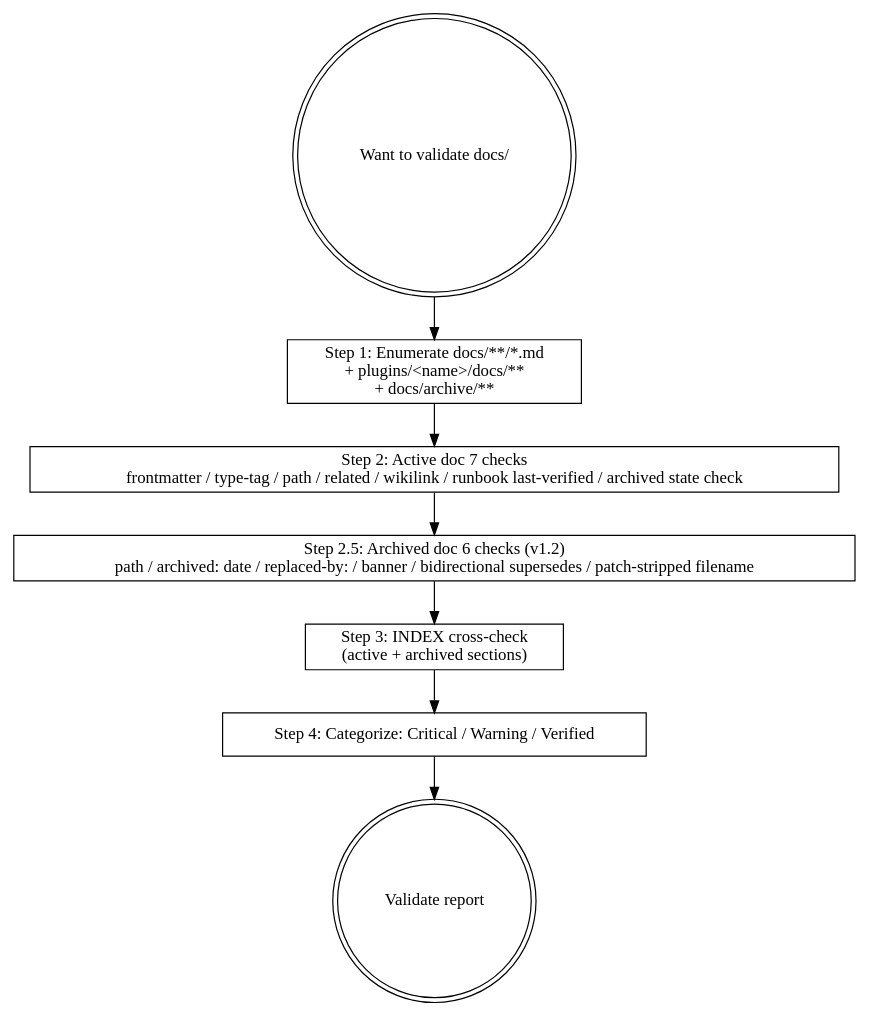
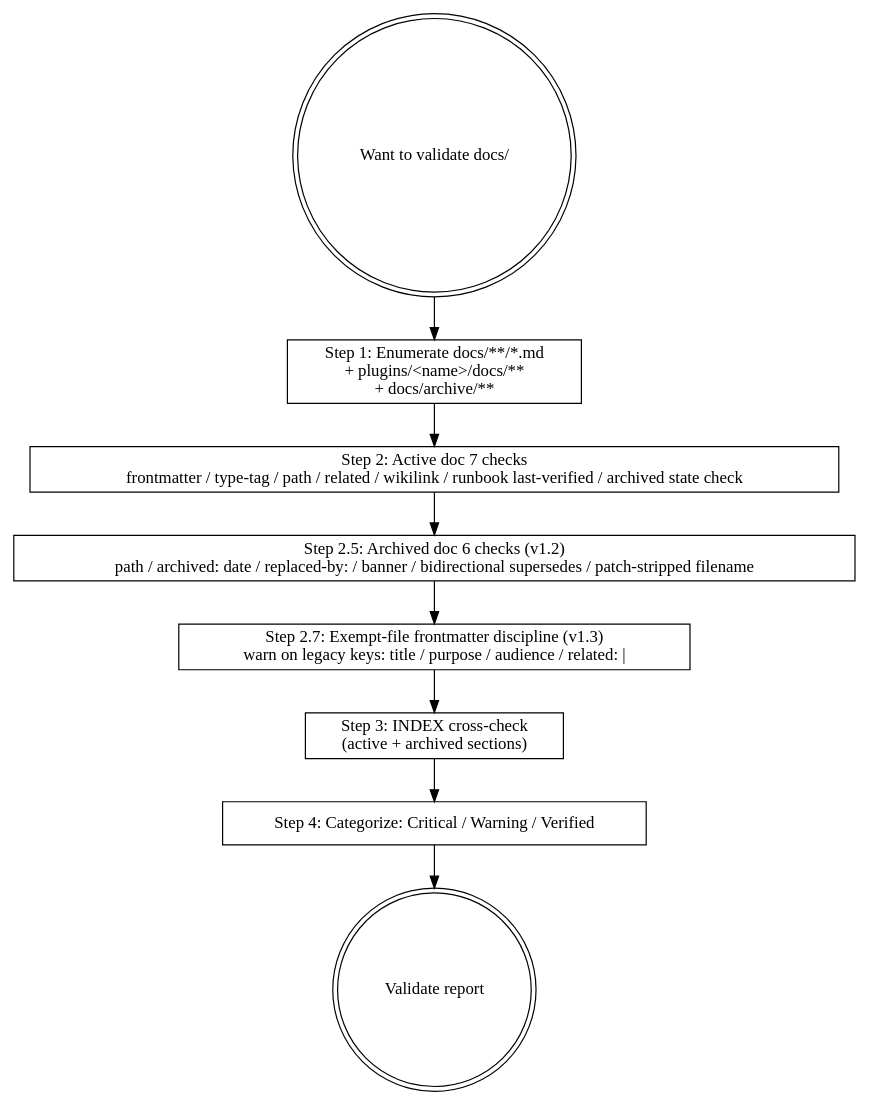
The diagram in .claude/skills/mp-doc-validate/SKILL.md (MJ-AgentLab/mj-agentlab-marketplace), drawn with Graphviz before and after one commit. The commit also changed other lines of this file, not shown here.

First line of the commit message:
docs(marketplace): mp-doc-validate add Step 2.7 exempt frontmatter check

````diff
--- a/.claude/skills/mp-doc-validate/SKILL.md
+++ b/.claude/skills/mp-doc-validate/SKILL.md
@@ -22,16 +22,17 @@
 ```dot
 digraph validate {
   rankdir=TB;
   start [label="Want to validate docs/" shape=doublecircle];
 
   s1 [label="Step 1: Enumerate docs/**/*.md\n+ plugins/<name>/docs/**\n+ docs/archive/**" shape=box];
   s2 [label="Step 2: Active doc 7 checks\nfrontmatter / type-tag / path / related / wikilink / runbook last-verified / archived state check" shape=box];
   s2b [label="Step 2.5: Archived doc 6 checks (v1.2)\npath / archived: date / replaced-by: / banner / bidirectional supersedes / patch-stripped filename" shape=box];
+  s2c [label="Step 2.7: Exempt-file frontmatter discipline (v1.3)\nwarn on legacy keys: title / purpose / audience / related: |" shape=box];
   s3 [label="Step 3: INDEX cross-check\n(active + archived sections)" shape=box];
   s4 [label="Step 4: Categorize: Critical / Warning / Verified" shape=box];
 
   done [label="Validate report" shape=doublecircle];
 
-  start -> s1 -> s2 -> s2b -> s3 -> s4 -> done;
+  start -> s1 -> s2 -> s2b -> s2c -> s3 -> s4 -> done;
 }
 ```
````
